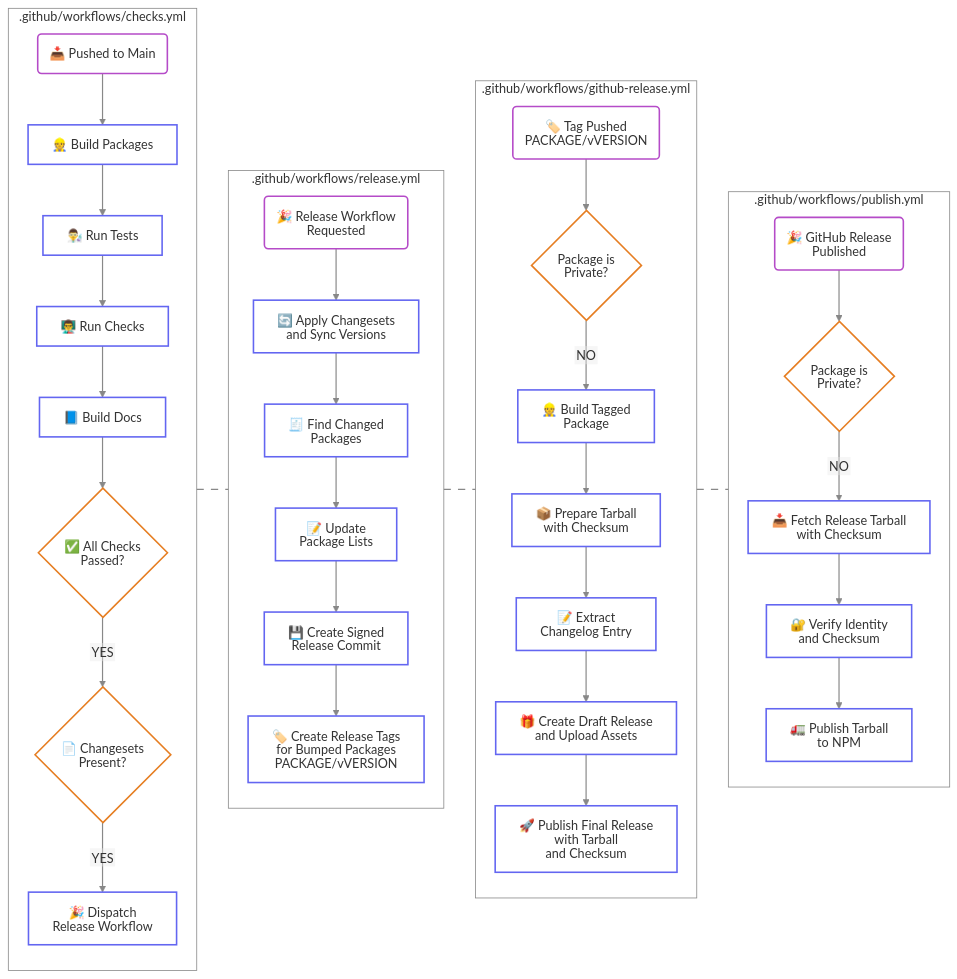
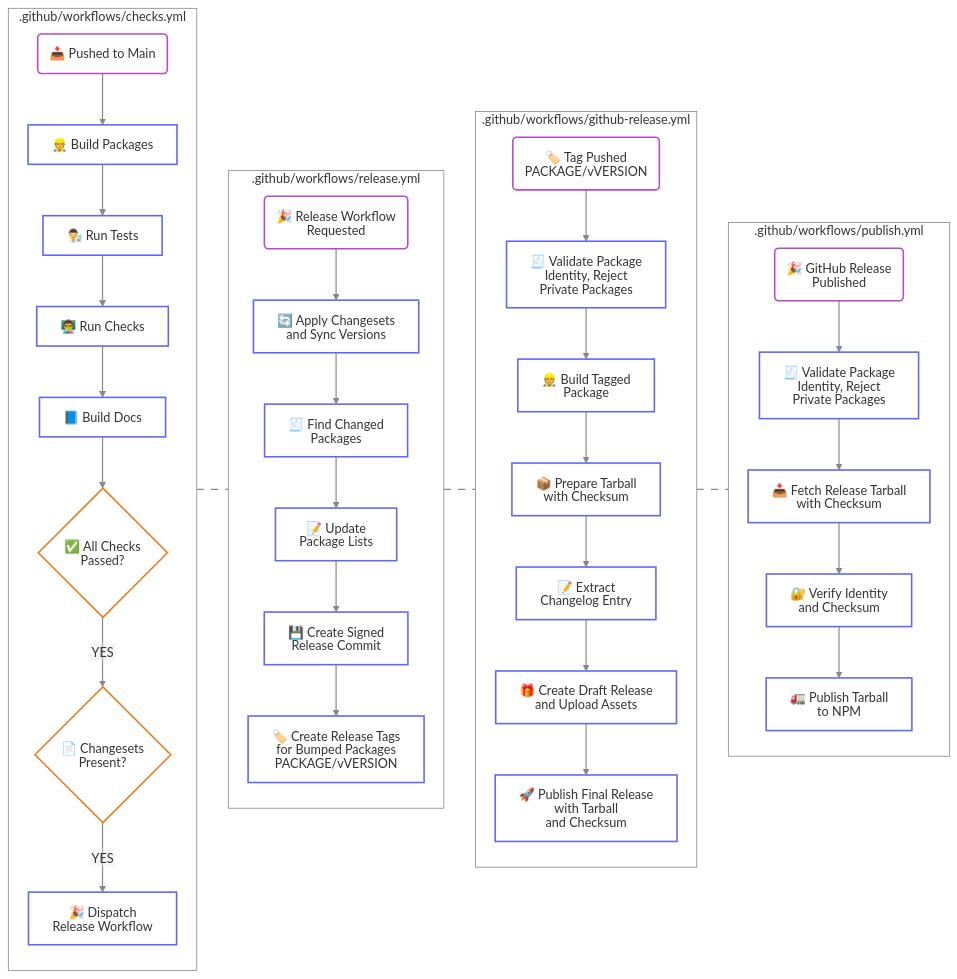
Before and after one commit to simbo/packages: the diagram in README.md, drawn with Mermaid. The commit also changed 1 other file, not shown here.

Commit message:
docs(repo): show package identity validation in the release diagram (#12)
Updates the release diagram in `README.md` to the private package
handling from #10.

## Changes

- **GitHub release and publish workflows:** the "Package is Private?"
gates are replaced by the "Validate Package Identity" step, which
rejects private packages instead of skipping them.
- The gate styling now applies only to the remaining gates
(`ChecksPassed`, `Changesets`).

## Verification

- `pnpm run preflight` passes locally.
- The Mermaid rendering is only visible on GitHub; please check the
diagram in the rendered `README.md` of this branch.

🤖 Generated with [Claude Code](https://claude.com/claude-code)

````diff
--- a/README.md
+++ b/README.md
@@ -272,7 +272,7 @@
 
   subgraph GitHubReleaseWorkflow[".github/workflows/github-release.yml"]
     TagEvent@{ shape: rounded, label: "🏷️ Tag Pushed<br>PACKAGE/vVERSION" }
-    IsReleasePrivate{"Package is<br>Private?"}
+    ValidateRelease["🧾 Validate Package<br>Identity, Reject<br>Private Packages"]
     BuildPackage["👷 Build Tagged<br>Package"]
     PackTarball["📦 Prepare Tarball<br>with Checksum"]
     ExtractChangelogEntry["📝 Extract<br>Changelog Entry"]
@@ -280,8 +280,8 @@
     PublishRelease["🚀 Publish Final Release<br>with Tarball<br>and Checksum"]
 
     direction TB
-    TagEvent --> IsReleasePrivate
-    IsReleasePrivate --"NO"--> BuildPackage
+    TagEvent --> ValidateRelease
+    ValidateRelease --> BuildPackage
     BuildPackage --> PackTarball
     PackTarball --> ExtractChangelogEntry
     ExtractChangelogEntry --> UploadDraft
@@ -292,12 +292,12 @@
     ReleasePublished@{ shape: rounded, label: "🎉 GitHub Release<br>Published" }
     DownloadArchive["📥 Fetch Release Tarball<br>with Checksum"]
     VerifyDownload["🔐 Verify Identity<br>and Checksum"]
-    IsPrivate{"Package is<br>Private?"}
+    ValidatePublish["🧾 Validate Package<br>Identity, Reject<br>Private Packages"]
     PublishToNpm["🚛 Publish Tarball<br>to NPM"]
 
     direction TB
-    ReleasePublished --> IsPrivate
-    IsPrivate --"NO"--> DownloadArchive
+    ReleasePublished --> ValidatePublish
+    ValidatePublish --> DownloadArchive
     DownloadArchive --> VerifyDownload
     VerifyDownload --> PublishToNpm
   end
@@ -318,9 +318,9 @@
   class PushToMain,TagEvent,ReleaseEvent,ReleasePublished event
 
   classDef step stroke:#6366F1,stroke-width:2px,fill:transparent;
-  class BuildPackages,RunTests,RunChecks,BuildDocs,ReleaseEventDispatch,IntegrateChangesets,CollectPackages,UpdatePackageDocs,CommitAndPushChanges,PushReleaseTags,BuildPackage,PackTarball,ExtractChangelogEntry,UploadDraft,PublishRelease,DownloadArchive,VerifyDownload,PublishToNpm step
+  class BuildPackages,RunTests,RunChecks,BuildDocs,ReleaseEventDispatch,IntegrateChangesets,CollectPackages,UpdatePackageDocs,CommitAndPushChanges,PushReleaseTags,ValidateRelease,BuildPackage,PackTarball,ExtractChangelogEntry,UploadDraft,PublishRelease,ValidatePublish,DownloadArchive,VerifyDownload,PublishToNpm step
 
   classDef gate stroke:#E67E22,stroke-width:2px,fill:transparent
-  class IsReleasePrivate,IsPrivate,ChecksPassed,Changesets gate
+  class ChecksPassed,Changesets gate
 
 ```
````
